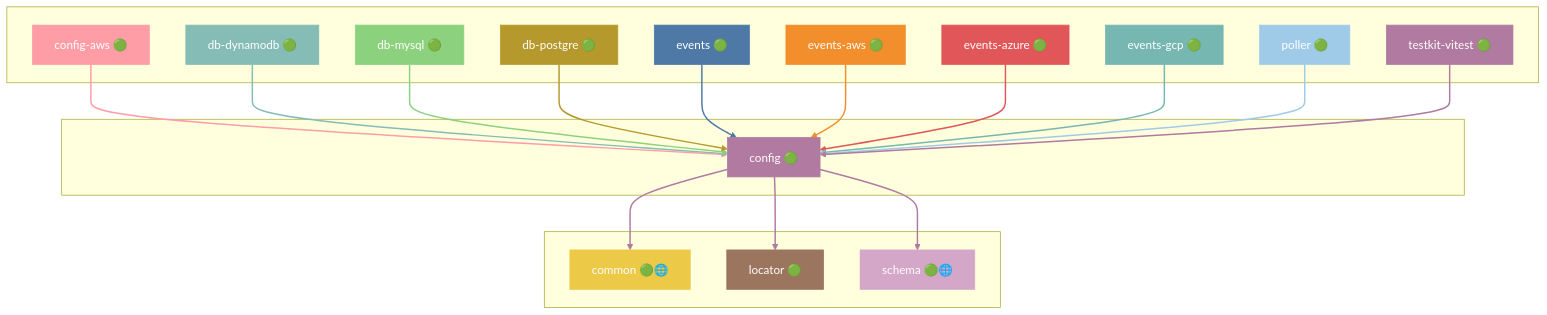
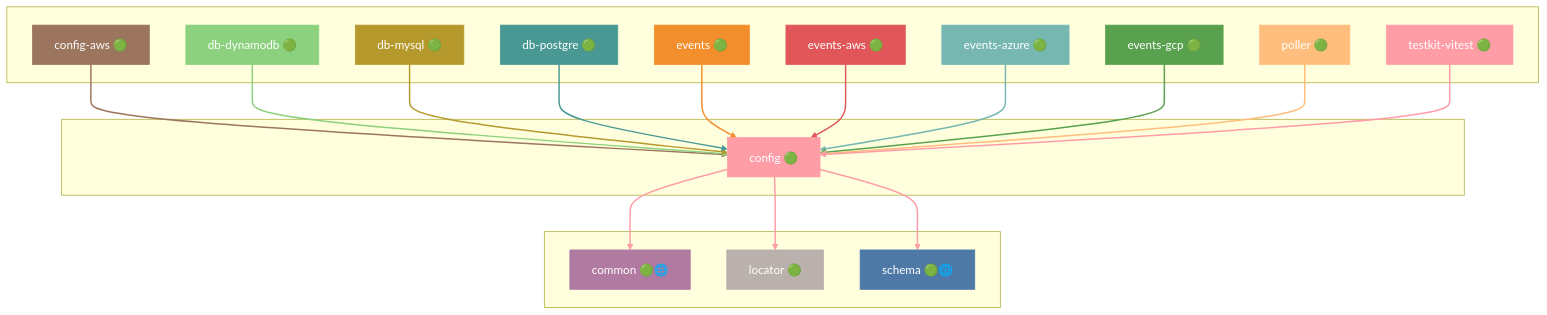
Before and after one commit to grest-ts/grest-ts: the ninth of 48 diagrams in docs/DEPENDENCIES.md, drawn with Mermaid. The commit also changed other lines of this file and 62 other files, not shown here.

````diff
--- a/docs/DEPENDENCIES.md
+++ b/docs/DEPENDENCIES.md
@@ -651,63 +687,63 @@
 ```mermaid
 flowchart TB
     subgraph Dependents[" "]
         config-aws["config-aws 🟢"]
         db-dynamodb["db-dynamodb 🟢"]
         db-mysql["db-mysql 🟢"]
         db-postgre["db-postgre 🟢"]
         events["events 🟢"]
         events-aws["events-aws 🟢"]
         events-azure["events-azure 🟢"]
         events-gcp["events-gcp 🟢"]
         poller["poller 🟢"]
         testkit-vitest["testkit-vitest 🟢"]
     end
     subgraph Package[" "]
         config["config 🟢"]
     end
     subgraph Dependencies[" "]
         common["common 🟢🌐"]
         locator["locator 🟢"]
         schema["schema 🟢🌐"]
     end
     config-aws --> config
     db-dynamodb --> config
     db-mysql --> config
     db-postgre --> config
     events --> config
     events-aws --> config
     events-azure --> config
     events-gcp --> config
     poller --> config
     testkit-vitest --> config
     config --> common
     config --> locator
     config --> schema
-    style config fill:#B07AA1,stroke:#B07AA1,color:#fff
-    style config-aws fill:#FF9DA7,stroke:#FF9DA7,color:#fff
-    style db-dynamodb fill:#86BCB6,stroke:#86BCB6,color:#fff
-    style db-mysql fill:#8CD17D,stroke:#8CD17D,color:#fff
-    style db-postgre fill:#B6992D,stroke:#B6992D,color:#fff
-    style events fill:#4E79A7,stroke:#4E79A7,color:#fff
-    style events-aws fill:#F28E2B,stroke:#F28E2B,color:#fff
-    style events-azure fill:#E15759,stroke:#E15759,color:#fff
-    style events-gcp fill:#76B7B2,stroke:#76B7B2,color:#fff
-    style poller fill:#A0CBE8,stroke:#A0CBE8,color:#fff
-    style testkit-vitest fill:#B07AA1,stroke:#B07AA1,color:#fff
-    style common fill:#EDC948,stroke:#EDC948,color:#fff
-    style locator fill:#9C755F,stroke:#9C755F,color:#fff
-    style schema fill:#D4A6C8,stroke:#D4A6C8,color:#fff
-    linkStyle 0 stroke:#FF9DA7,stroke-width:2px
-    linkStyle 1 stroke:#86BCB6,stroke-width:2px
-    linkStyle 2 stroke:#8CD17D,stroke-width:2px
-    linkStyle 3 stroke:#B6992D,stroke-width:2px
-    linkStyle 4 stroke:#4E79A7,stroke-width:2px
-    linkStyle 5 stroke:#F28E2B,stroke-width:2px
-    linkStyle 6 stroke:#E15759,stroke-width:2px
-    linkStyle 7 stroke:#76B7B2,stroke-width:2px
-    linkStyle 8 stroke:#A0CBE8,stroke-width:2px
-    linkStyle 9 stroke:#B07AA1,stroke-width:2px
-    linkStyle 10 stroke:#B07AA1,stroke-width:2px
-    linkStyle 11 stroke:#B07AA1,stroke-width:2px
-    linkStyle 12 stroke:#B07AA1,stroke-width:2px
+    style config fill:#FF9DA7,stroke:#FF9DA7,color:#fff
+    style config-aws fill:#9C755F,stroke:#9C755F,color:#fff
+    style db-dynamodb fill:#8CD17D,stroke:#8CD17D,color:#fff
+    style db-mysql fill:#B6992D,stroke:#B6992D,color:#fff
+    style db-postgre fill:#499894,stroke:#499894,color:#fff
+    style events fill:#F28E2B,stroke:#F28E2B,color:#fff
+    style events-aws fill:#E15759,stroke:#E15759,color:#fff
+    style events-azure fill:#76B7B2,stroke:#76B7B2,color:#fff
+    style events-gcp fill:#59A14F,stroke:#59A14F,color:#fff
+    style poller fill:#FFBE7D,stroke:#FFBE7D,color:#fff
+    style testkit-vitest fill:#FF9DA7,stroke:#FF9DA7,color:#fff
+    style common fill:#B07AA1,stroke:#B07AA1,color:#fff
+    style locator fill:#BAB0AC,stroke:#BAB0AC,color:#fff
+    style schema fill:#4E79A7,stroke:#4E79A7,color:#fff
+    linkStyle 0 stroke:#9C755F,stroke-width:2px
+    linkStyle 1 stroke:#8CD17D,stroke-width:2px
+    linkStyle 2 stroke:#B6992D,stroke-width:2px
+    linkStyle 3 stroke:#499894,stroke-width:2px
+    linkStyle 4 stroke:#F28E2B,stroke-width:2px
+    linkStyle 5 stroke:#E15759,stroke-width:2px
+    linkStyle 6 stroke:#76B7B2,stroke-width:2px
+    linkStyle 7 stroke:#59A14F,stroke-width:2px
+    linkStyle 8 stroke:#FFBE7D,stroke-width:2px
+    linkStyle 9 stroke:#FF9DA7,stroke-width:2px
+    linkStyle 10 stroke:#FF9DA7,stroke-width:2px
+    linkStyle 11 stroke:#FF9DA7,stroke-width:2px
+    linkStyle 12 stroke:#FF9DA7,stroke-width:2px
 ```
````
